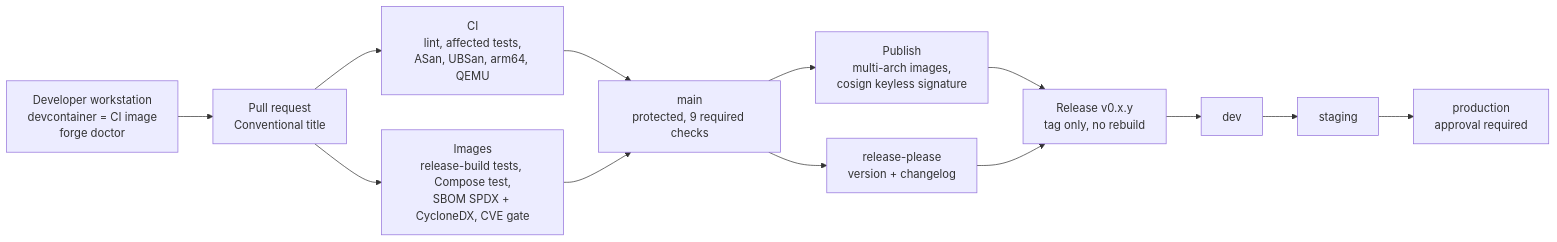
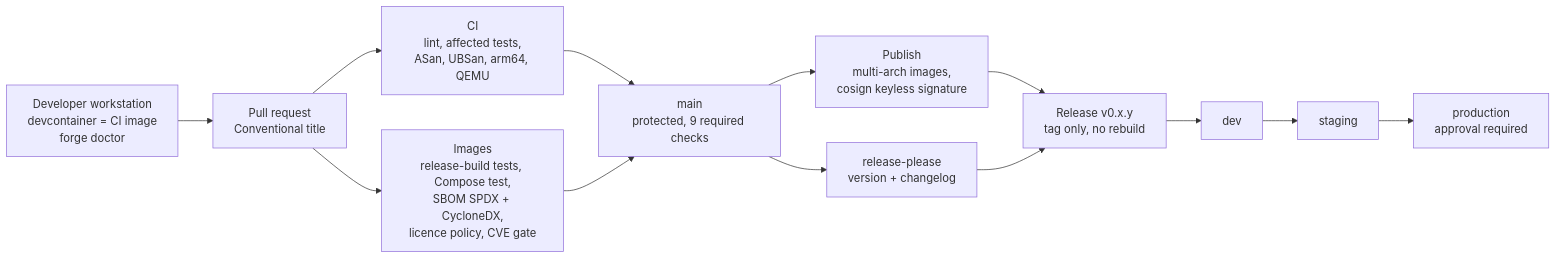
One commit to penchalj/swarmforge-bazel-build changed the diagram in README.md. Above: the diagram before and after it, drawn with Mermaid. The commit also changed other lines of this file and 5 other files, not shown here.

Commit message:
ci: add licence checker, policy and ADR 0007

````diff
--- a/README.md
+++ b/README.md
@@ -60,13 +60,13 @@
 ```mermaid
 flowchart LR
   dev["Developer workstation<br/>devcontainer = CI image<br/>forge doctor"] --> pr["Pull request<br/>Conventional title"]
   pr --> ci["CI<br/>lint, affected tests,<br/>ASan, UBSan, arm64, QEMU"]
-  pr --> img["Images<br/>release-build tests, Compose test,<br/>SBOM SPDX + CycloneDX, CVE gate"]
+  pr --> img["Images<br/>release-build tests, Compose test,<br/>SBOM SPDX + CycloneDX,<br/>licence policy, CVE gate"]
   ci --> main["main<br/>protected, 9 required checks"]
   img --> main
   main --> pub["Publish<br/>multi-arch images,<br/>cosign keyless signature"]
   main --> rp["release-please<br/>version + changelog"]
   pub --> rel["Release v0.x.y<br/>tag only, no rebuild"]
   rp --> rel
   rel --> d["dev"] --> s["staging"] --> p["production<br/>approval required"]
 ```
````
